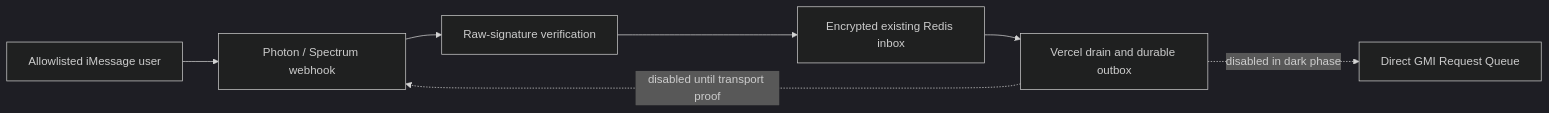
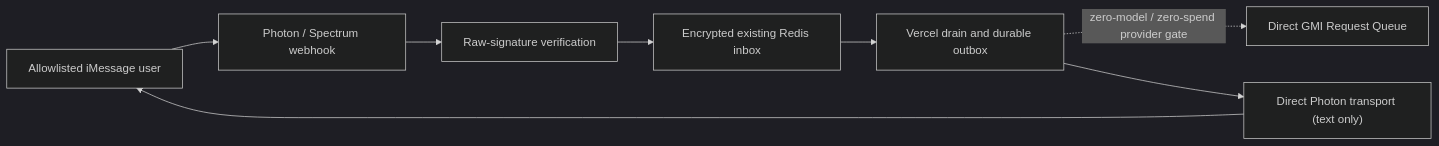
Before and after one commit to gratitude5dee/air: the diagram in README.md, drawn with Mermaid (dark theme). The commit also changed other lines of this file and 21 other files, not shown here.

Commit message:
fix: harden zero-spend iMessage delivery

````diff
--- a/README.md
+++ b/README.md
@@ -45,9 +52,10 @@
 ```mermaid
 flowchart LR
   I["Allowlisted iMessage user"] --> P["Photon / Spectrum webhook"]
   P --> W["Raw-signature verification"]
   W --> R["Encrypted existing Redis inbox"]
   R --> D["Vercel drain and durable outbox"]
-  D -. "disabled in dark phase" .-> G["Direct GMI Request Queue"]
-  D -. "disabled until transport proof" .-> P
+  D -. "zero-model / zero-spend provider gate" .-> G["Direct GMI Request Queue"]
+  D --> T["Direct Photon transport (text only)"]
+  T --> I
 ```
````
